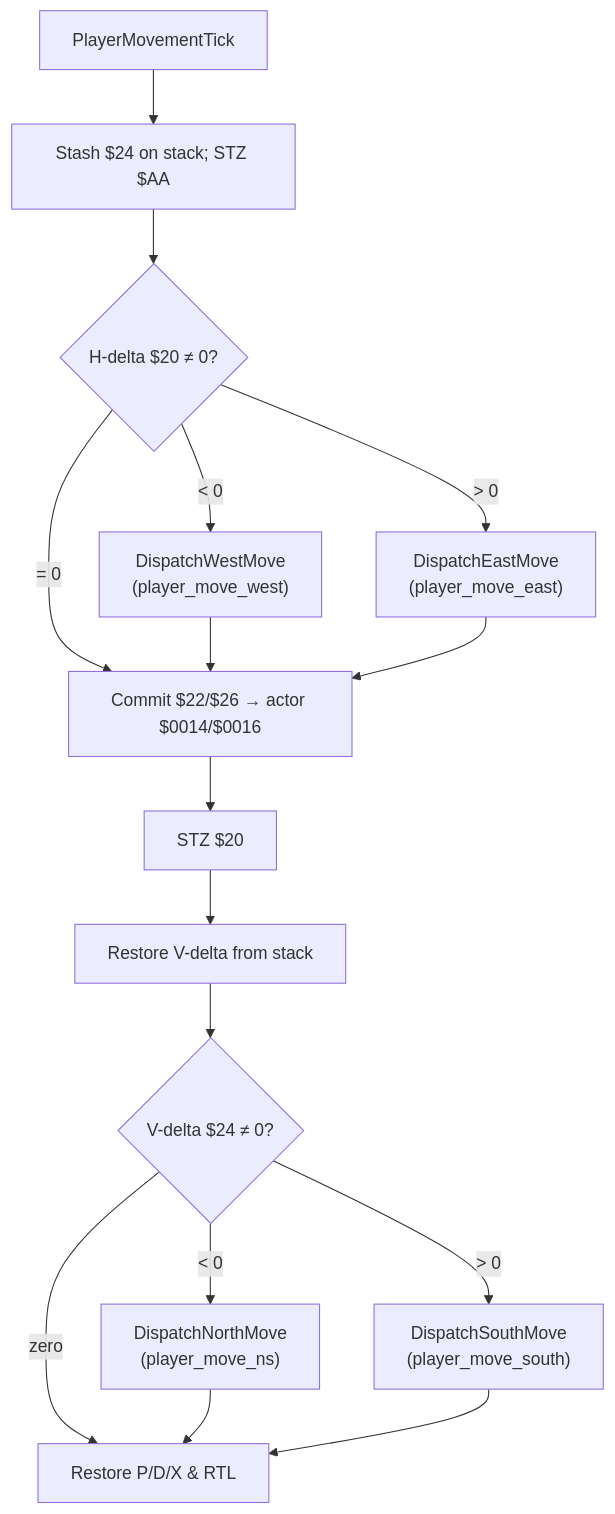
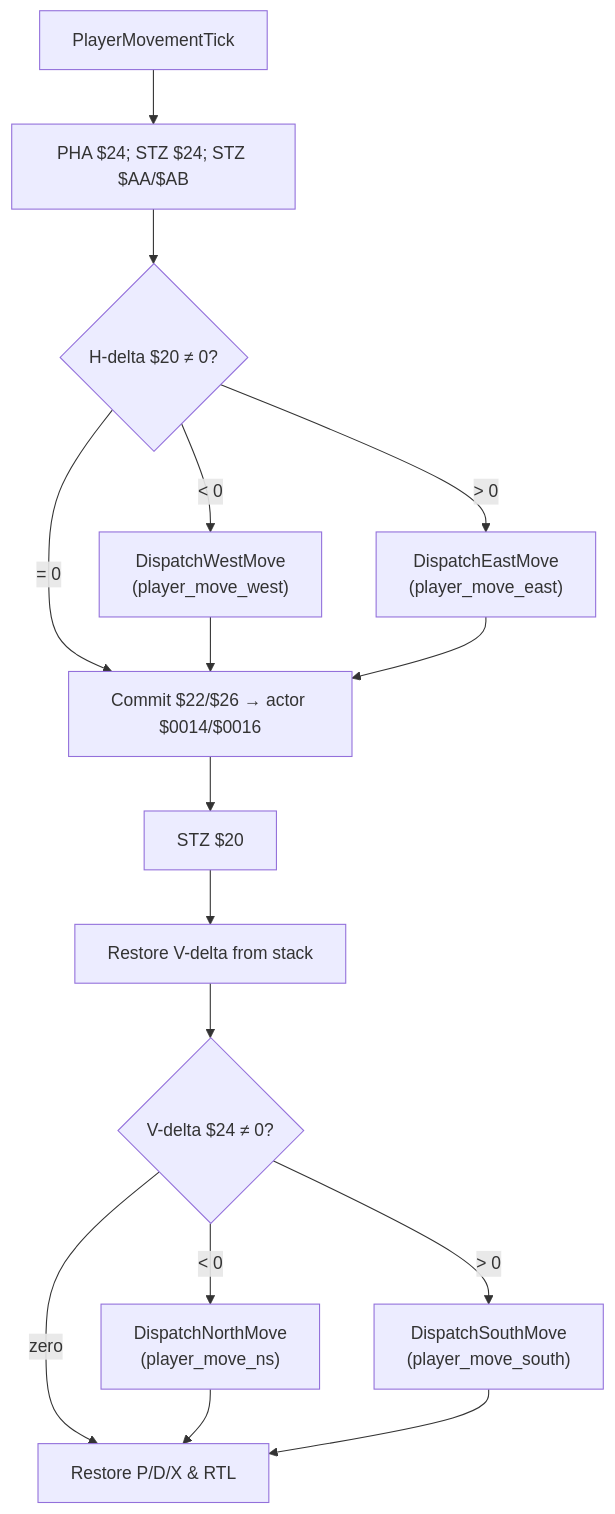
One commit to Azarem/gaia-iog-baserom changed the first of 2 diagrams in docs/code/bank02/player-movement.md. Above: the diagram before and after it, drawn with Mermaid. The commit also changed other lines of this file and 20 other files, not shown here.

````diff
--- a/docs/code/bank02/player-movement.md
+++ b/docs/code/bank02/player-movement.md
@@ -19,18 +23,18 @@
 ```mermaid
 flowchart TD
-    PMT["PlayerMovementTick"] --> StashV["Stash $24 on stack; STZ $AA"]
+    PMT["PlayerMovementTick"] --> StashV["PHA $24; STZ $24; STZ $AA/$AB"]
     StashV --> HCHECK{"H-delta $20 ≠ 0?"}
     HCHECK -->|"< 0"| DDL["DispatchWestMove<br/>(player_move_west)"]
     HCHECK -->|"> 0"| DEM2["DispatchEastMove<br/>(player_move_east)"]
     HCHECK -->|"= 0"| COMMIT["Commit $22/$26 → actor $0014/$0016"]
     DDL --> COMMIT
     DEM2 --> COMMIT
     COMMIT --> ClearH["STZ $20"]
     ClearH --> RestoreV["Restore V-delta from stack"]
     RestoreV --> VCHECK{"V-delta $24 ≠ 0?"}
     VCHECK -->|"< 0"| DNM["DispatchNorthMove<br/>(player_move_ns)"]
     VCHECK -->|"> 0"| DSM["DispatchSouthMove<br/>(player_move_south)"]
     VCHECK -->|"zero"| Done["Restore P/D/X & RTL"]
     DNM --> Done
     DSM --> Done
 ```
````
